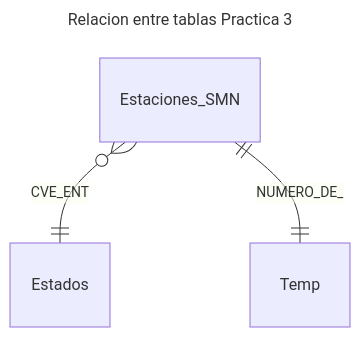
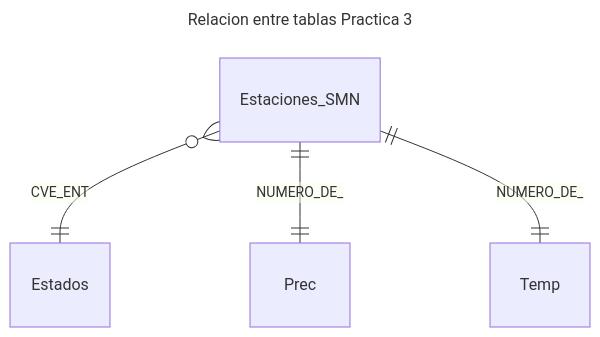
One commit to vshalisko/mixed_GIS_related_scripts changed the diagram in Clase_Metadatos/Practica_3_esquema_DB_relacional.mermaid. Above: the diagram before and after it, drawn with Mermaid.

```diff
--- a/Clase_Metadatos/Practica_3_esquema_DB_relacional.mermaid
+++ b/Clase_Metadatos/Practica_3_esquema_DB_relacional.mermaid
@@ -1,6 +1,7 @@
 ---
 title: Relacion entre tablas Practica 3
 ---
 erDiagram
   Estaciones_SMN }o--|| Estados : CVE_ENT
+  Estaciones_SMN ||--|| Prec : NUMERO_DE_
   Estaciones_SMN ||--|| Temp : NUMERO_DE_
```
